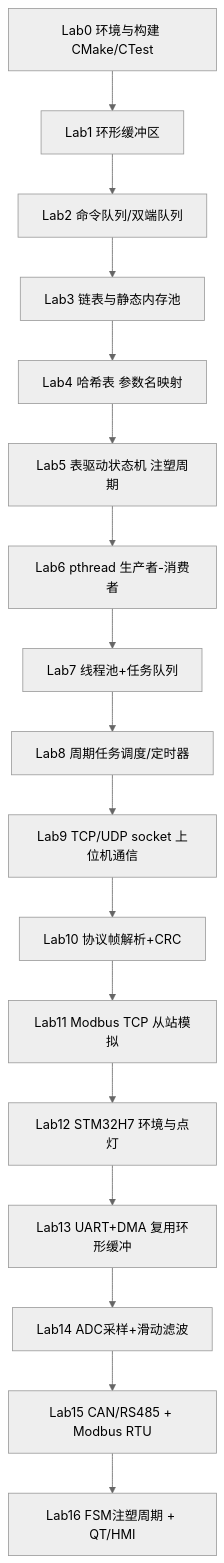
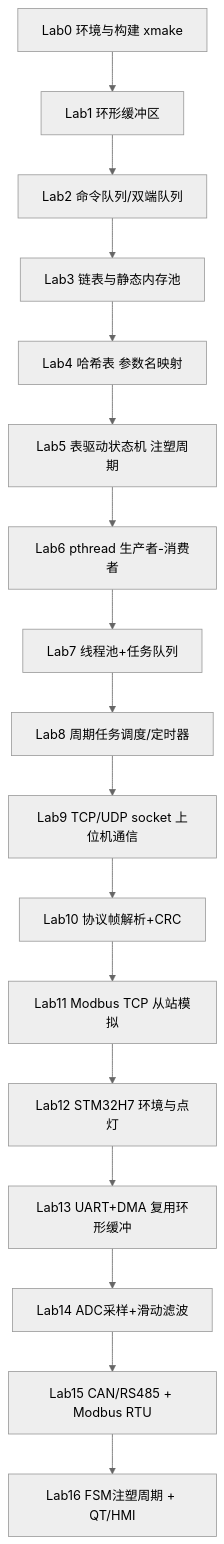
The diagram in docs/ROADMAP.md (xming-wsm/industrial-c-labs), drawn with Mermaid (neutral theme) before and after one commit. The commit also changed other lines of this file and 71 other files, not shown here.

````diff
--- a/docs/ROADMAP.md
+++ b/docs/ROADMAP.md
@@ -14,19 +14,19 @@
 ```mermaid
 flowchart TD
-    L0["Lab0 环境与构建 CMake/CTest"] --> L1["Lab1 环形缓冲区"]
+    L0["Lab0 环境与构建 xmake"] --> L1["Lab1 环形缓冲区"]
     L1 --> L2["Lab2 命令队列/双端队列"]
     L2 --> L3["Lab3 链表与静态内存池"]
     L3 --> L4["Lab4 哈希表 参数名映射"]
     L4 --> L5["Lab5 表驱动状态机 注塑周期"]
     L5 --> L6["Lab6 pthread 生产者-消费者"]
     L6 --> L7["Lab7 线程池+任务队列"]
     L7 --> L8["Lab8 周期任务调度/定时器"]
     L8 --> L9["Lab9 TCP/UDP socket 上位机通信"]
     L9 --> L10["Lab10 协议帧解析+CRC"]
     L10 --> L11["Lab11 Modbus TCP 从站模拟"]
     L11 --> L12["Lab12 STM32H7 环境与点灯"]
     L12 --> L13["Lab13 UART+DMA 复用环形缓冲"]
     L13 --> L14["Lab14 ADC采样+滑动滤波"]
     L14 --> L15["Lab15 CAN/RS485 + Modbus RTU"]
     L15 --> L16["Lab16 FSM注塑周期 + QT/HMI"]
 ```
````
